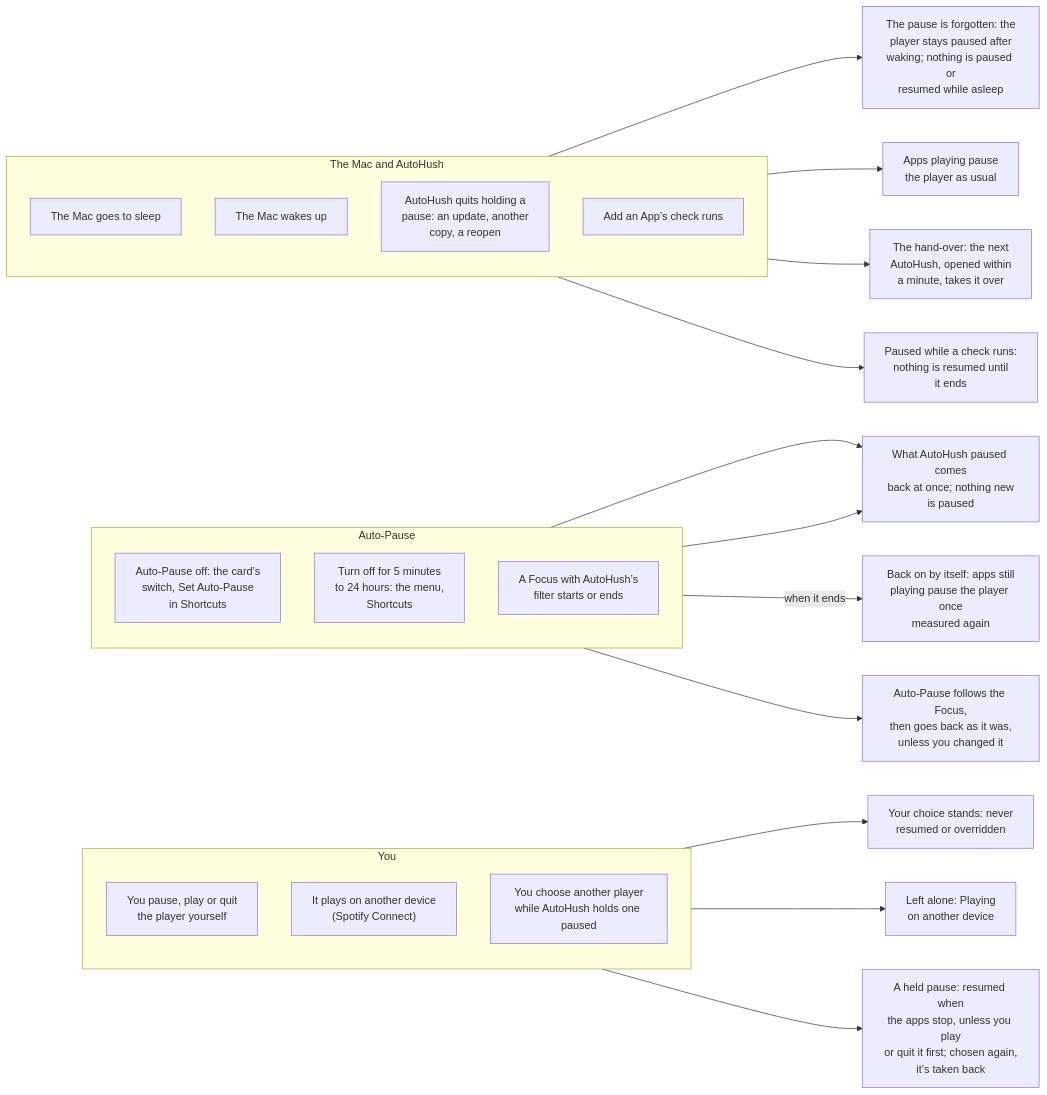
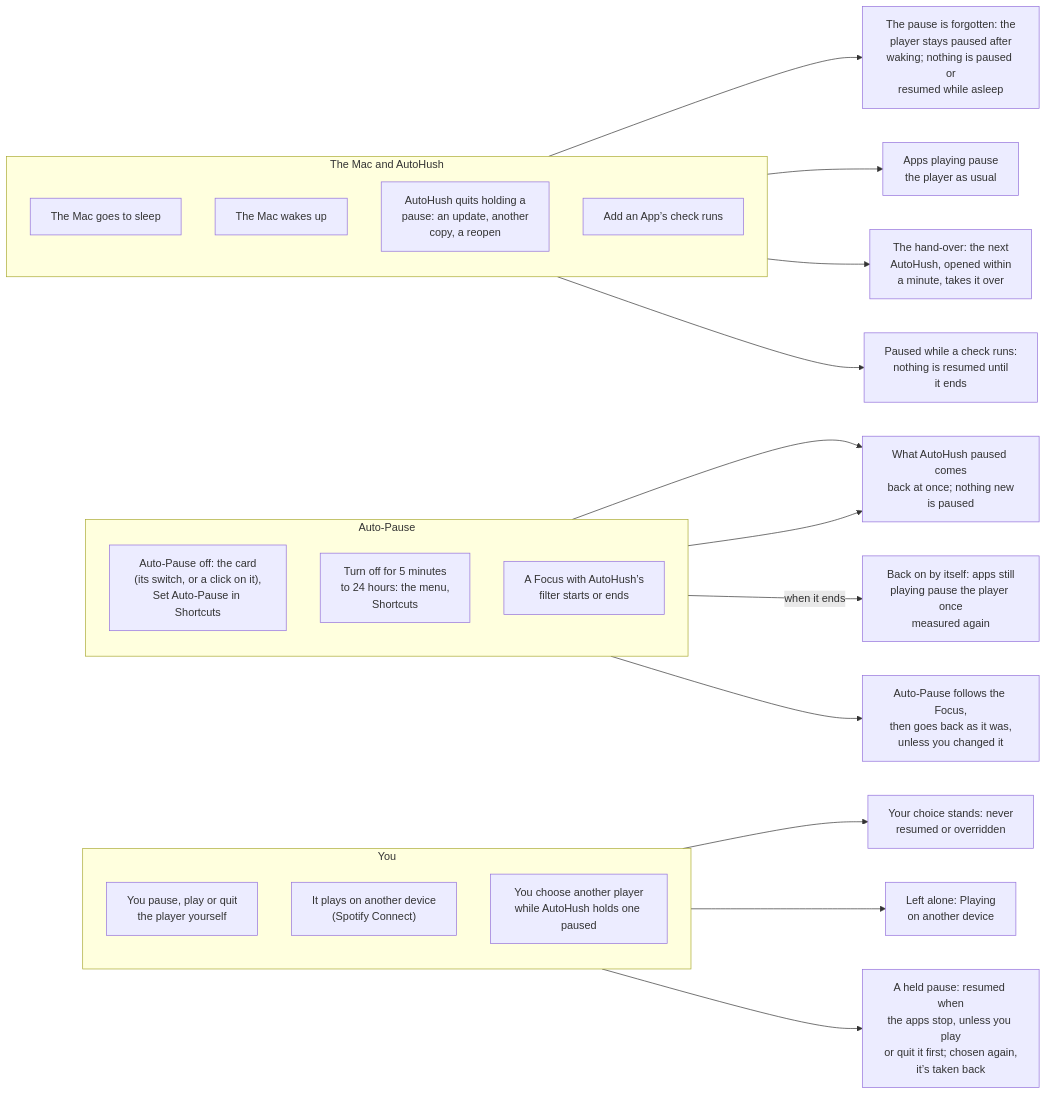
One commit to hfustercabre/AutoHush changed the fourth of 14 diagrams in WORKFLOWS.md. Above: the diagram before and after it, drawn with Mermaid. The commit also changed other lines of this file, not shown here.

Commit message:
docs: the workflow charts follow the menu's latest changes
The overview's menu: Ignored Apps always there, with Ignore Another App…
for several apps at once, and a part's title unfolding its other settings.
What else changes monitoring: a click on the card turns Auto-Pause off too.

````diff
--- a/WORKFLOWS.md
+++ b/WORKFLOWS.md
@@ -203,44 +203,44 @@
 ```mermaid
 flowchart LR
   subgraph YOU["You"]
     direction TB
     E1["You pause, play or quit<br/>the player yourself"]
     E2["It plays on another device<br/>(Spotify Connect)"]
     E3["You choose another player<br/>while AutoHush holds one paused"]
   end
   subgraph AUTO["Auto-Pause"]
     direction TB
-    E4["Auto-Pause off: the card’s<br/>switch, Set Auto-Pause<br/>in Shortcuts"]
+    E4["Auto-Pause off: the card<br/>(its switch, or a click on it),<br/>Set Auto-Pause in Shortcuts"]
     E5["Turn off for 5 minutes<br/>to 24 hours: the menu,<br/>Shortcuts"]
     E6["A Focus with AutoHush’s<br/>filter starts or ends"]
   end
   subgraph MAC["The Mac and AutoHush"]
     direction TB
     E7["The Mac goes to sleep"]
     E8["The Mac wakes up"]
     E9["AutoHush quits holding a<br/>pause: an update, another<br/>copy, a reopen"]
     E10["Add an App’s check runs"]
   end
   R1["Your choice stands: never<br/>resumed or overridden"]
   R2["Left alone: Playing<br/>on another device"]
   R3["A held pause: resumed when<br/>the apps stop, unless you play<br/>or quit it first; chosen again,<br/>it’s taken back"]
   R4["What AutoHush paused comes<br/>back at once; nothing new<br/>is paused"]
   R5["Back on by itself: apps still<br/>playing pause the player once<br/>measured again"]
   R6["Auto-Pause follows the Focus,<br/>then goes back as it was,<br/>unless you changed it"]
   R7["The pause is forgotten: the<br/>player stays paused after<br/>waking; nothing is paused or<br/>resumed while asleep"]
   R8["Apps playing pause<br/>the player as usual"]
   R9["The hand-over: the next<br/>AutoHush, opened within<br/>a minute, takes it over"]
   R10["Paused while a check runs:<br/>nothing is resumed until<br/>it ends"]
 
   E1 --> R1
   E2 --> R2
   E3 --> R3
   E4 --> R4
   E5 --> R4
   E5 -->|"when it ends"| R5
   E6 --> R6
   E7 --> R7
   E8 --> R8
   E9 --> R9
   E10 --> R10
 ```
````
